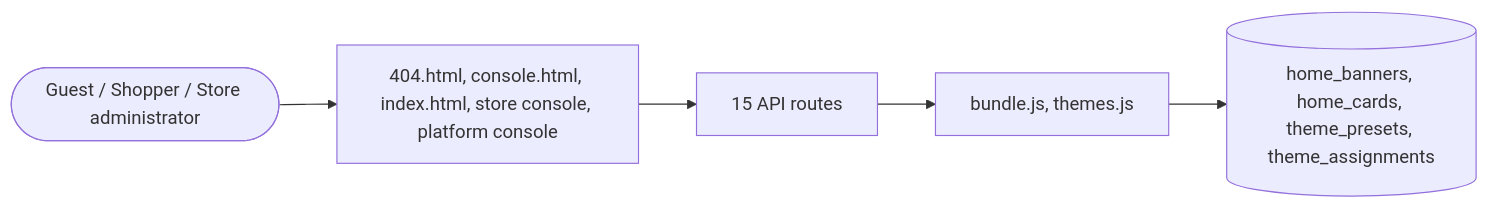
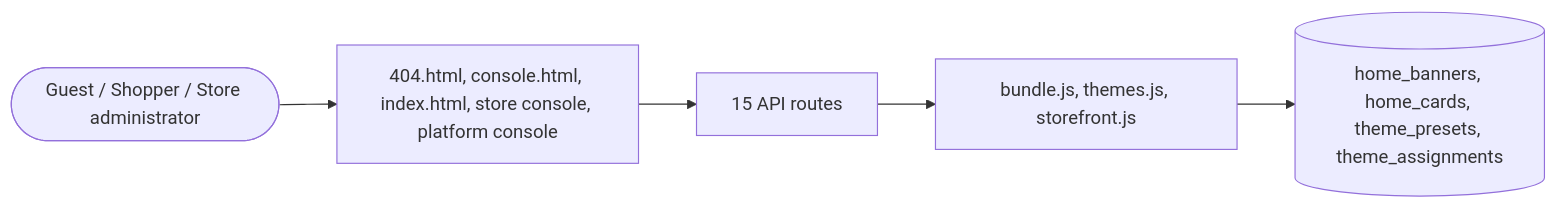
The diagram in docs/domains/storefront.md (echelonxventures-Projects/universal-product), drawn with Mermaid before and after one commit. The commit also changed other lines of this file and 135 other files, not shown here.

````diff
--- a/docs/domains/storefront.md
+++ b/docs/domains/storefront.md
@@ -94,8 +95,8 @@
 ```mermaid
 flowchart LR
   U([Guest / Shopper / Store administrator]) --> UI[404.html, console.html, index.html, store console, platform console]
   UI --> API[15 API routes]
-  API --> ENG[bundle.js, themes.js]
+  API --> ENG[bundle.js, themes.js, storefront.js]
   ENG --> DB[(home_banners, home_cards, theme_presets, theme_assignments)]
 
 ```
````
